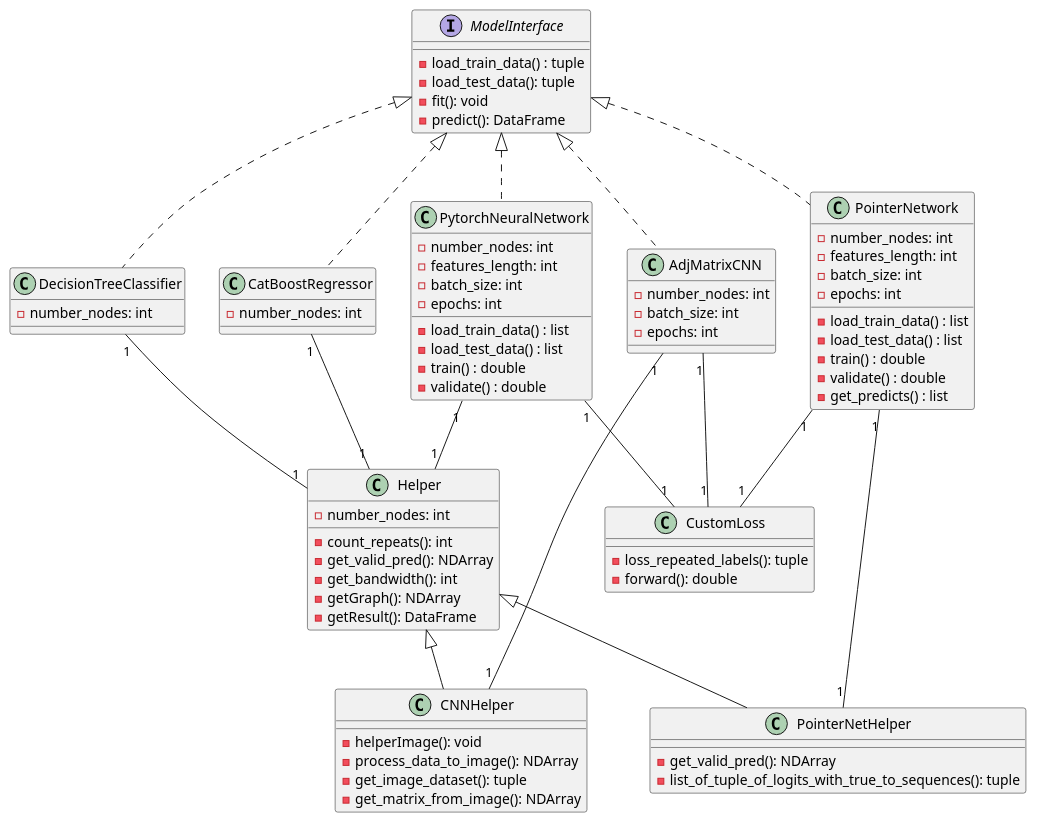
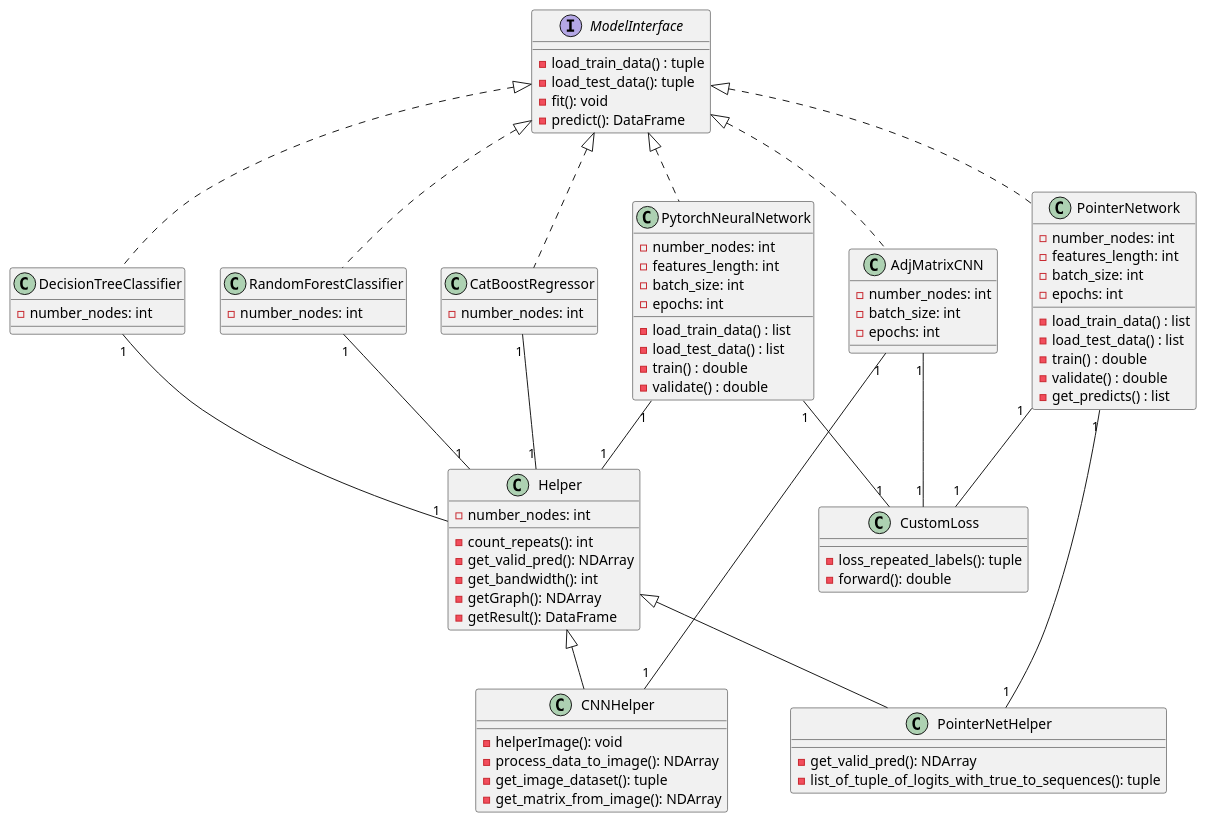
One commit to MLRG-CEFET-RJ/graph-structured-data changed the diagram in examples/bandwidth/Models/classesDiagram.puml. Above: the diagram before and after it, drawn with PlantUML. The commit also changed 4 other files, not shown here.

```diff
--- a/examples/bandwidth/Models/classesDiagram.puml
+++ b/examples/bandwidth/Models/classesDiagram.puml
@@ -1,105 +1,111 @@
 @startuml class
 
 interface ModelInterface {
   - load_train_data() : tuple
   - load_test_data(): tuple
   - fit(): void
   - predict(): DataFrame
 }
 
 class Helper {
   - number_nodes: int
 
   - count_repeats(): int
   - get_valid_pred(): NDArray
   - get_bandwidth(): int
   - getGraph(): NDArray
   - getResult(): DataFrame
 }
 
 class CNNHelper extends Helper {
   - helperImage(): void
   - process_data_to_image(): NDArray
   - get_image_dataset(): tuple
   - get_matrix_from_image(): NDArray
 }
 
 class PointerNetHelper extends Helper {
   - get_valid_pred(): NDArray
   - list_of_tuple_of_logits_with_true_to_sequences(): tuple
 }
 
 ' class EarlyStopping {
 '   - patience: int
 '   - verbose: boolean
 '   - count: int
 '   - best_score: double
 '   - early_stop: boolean
 '   - early_stop: double
 '   - delta: int
 '   - NUMBER_NODES: int
 
 '   - __call__(): void
 '   - save_checkpoint(): void
 ' }
 
 class CustomLoss {
   - loss_repeated_labels(): tuple
   - forward(): double
 }
 
 class DecisionTreeClassifier implements ModelInterface {
   - number_nodes: int
 }
 
+class RandomForestClassifier implements ModelInterface {
+  - number_nodes: int
+}
+
 class CatBoostRegressor implements ModelInterface {
   - number_nodes: int
 }
 
 class AdjMatrixCNN implements ModelInterface {
   - number_nodes: int
   - batch_size: int
   - epochs: int
 }
 
 class PytorchNeuralNetwork implements ModelInterface {
   - number_nodes: int
   - features_length: int
   - batch_size: int
   - epochs: int
 
   - load_train_data() : list
   - load_test_data() : list
   - train() : double
   - validate() : double
 }
 
 class PointerNetwork implements ModelInterface {
   - number_nodes: int
   - features_length: int
   - batch_size: int
   - epochs: int
 
   - load_train_data() : list
   - load_test_data() : list
   - train() : double
   - validate() : double
   - get_predicts() : list
 }
 
 DecisionTreeClassifier "1" -- "1" Helper
 
+RandomForestClassifier "1" -- "1" Helper
+
 CatBoostRegressor "1" -- "1" Helper
 
 AdjMatrixCNN "1" -- "1" CNNHelper
 AdjMatrixCNN "1" -- "1" CustomLoss
 
 PytorchNeuralNetwork "1" -- "1" Helper
 PytorchNeuralNetwork "1" -- "1" CustomLoss
 ' PytorchNeuralNetwork "1" -- "1" EarlyStopping
 
 PointerNetwork "1" -- "1" PointerNetHelper
 ' PointerNetwork "1" -- "1" EarlyStopping
 PointerNetwork "1" -- "1" CustomLoss
 
 @enduml
```
